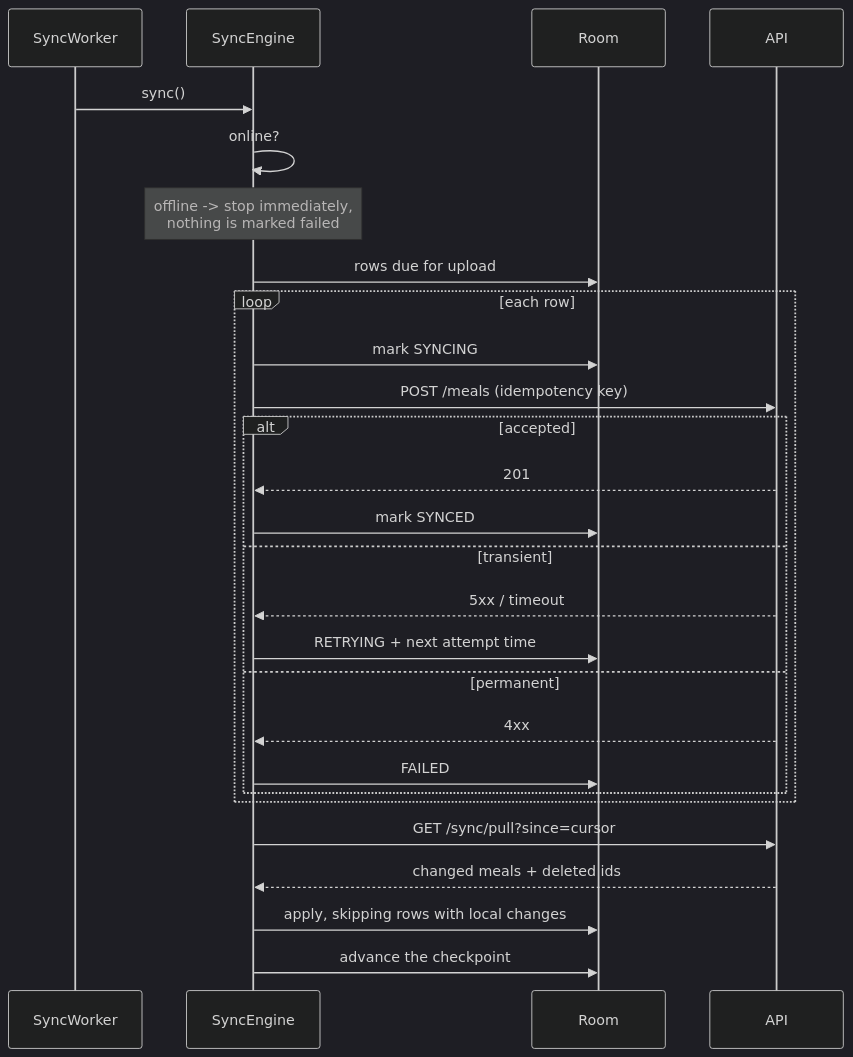
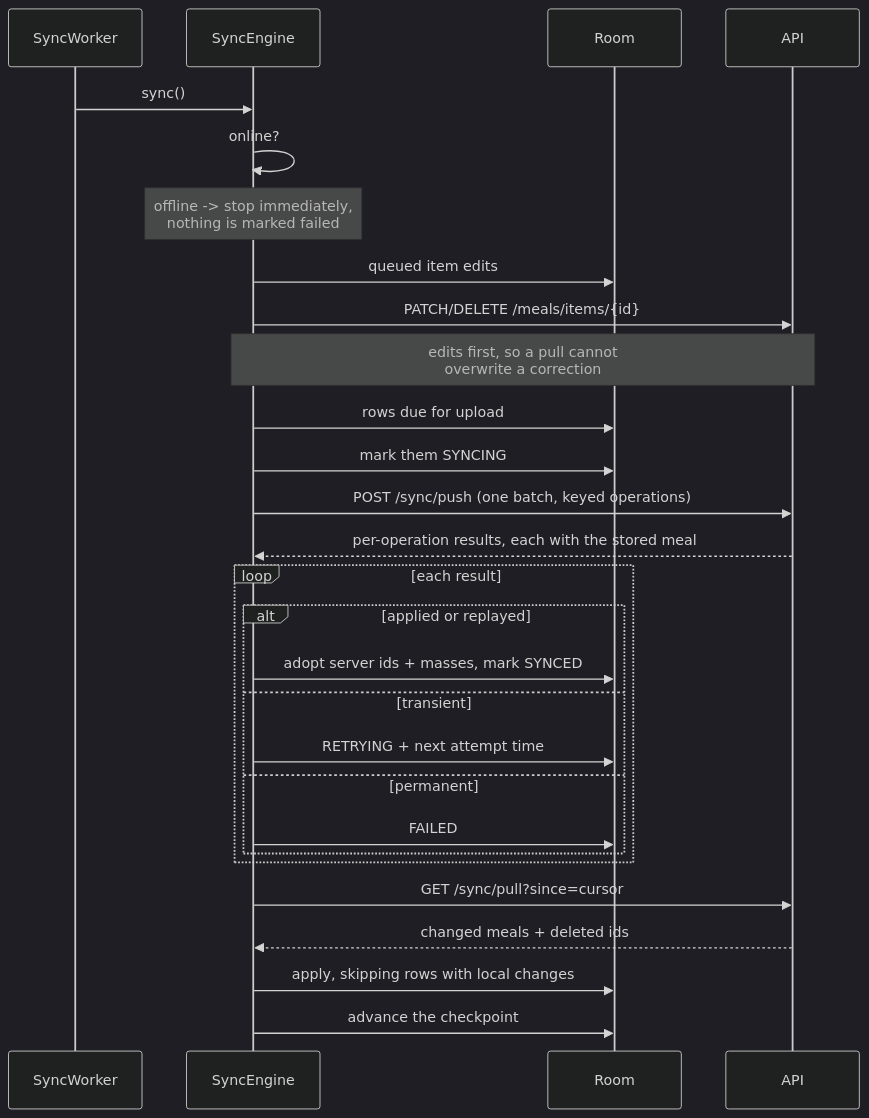
One commit to KenidoesCode/nutrilens changed the third of 3 diagrams in docs/offline-sync.md. Above: the diagram before and after it, drawn with Mermaid (dark theme). The commit also changed other lines of this file and 47 other files, not shown here.

First line of the commit message:
Fix lost meal edits, and complete the features the spec called for

````diff
--- a/docs/offline-sync.md
+++ b/docs/offline-sync.md
@@ -113,32 +167,34 @@
 ```mermaid
 sequenceDiagram
     participant W as SyncWorker
     participant E as SyncEngine
     participant R as Room
     participant A as API
 
     W->>E: sync()
     E->>E: online?
     Note over E: offline -> stop immediately,<br/>nothing is marked failed
 
+    E->>R: queued item edits
+    E->>A: PATCH/DELETE /meals/items/{id}
+    Note over E,A: edits first, so a pull cannot<br/>overwrite a correction
+
     E->>R: rows due for upload
-    loop each row
-        E->>R: mark SYNCING
-        E->>A: POST /meals (idempotency key)
-        alt accepted
-            A-->>E: 201
-            E->>R: mark SYNCED
+    E->>R: mark them SYNCING
+    E->>A: POST /sync/push (one batch, keyed operations)
+    A-->>E: per-operation results, each with the stored meal
+    loop each result
+        alt applied or replayed
+            E->>R: adopt server ids + masses, mark SYNCED
         else transient
-            A-->>E: 5xx / timeout
             E->>R: RETRYING + next attempt time
         else permanent
-            A-->>E: 4xx
             E->>R: FAILED
         end
     end
 
     E->>A: GET /sync/pull?since=cursor
     A-->>E: changed meals + deleted ids
     E->>R: apply, skipping rows with local changes
     E->>R: advance the checkpoint
 ```
````
